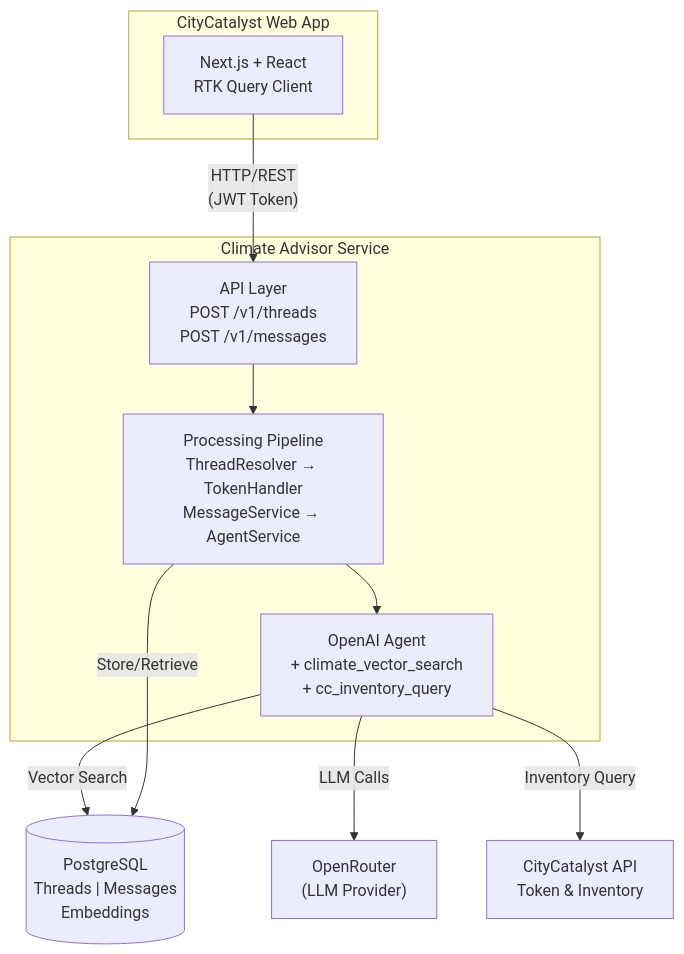
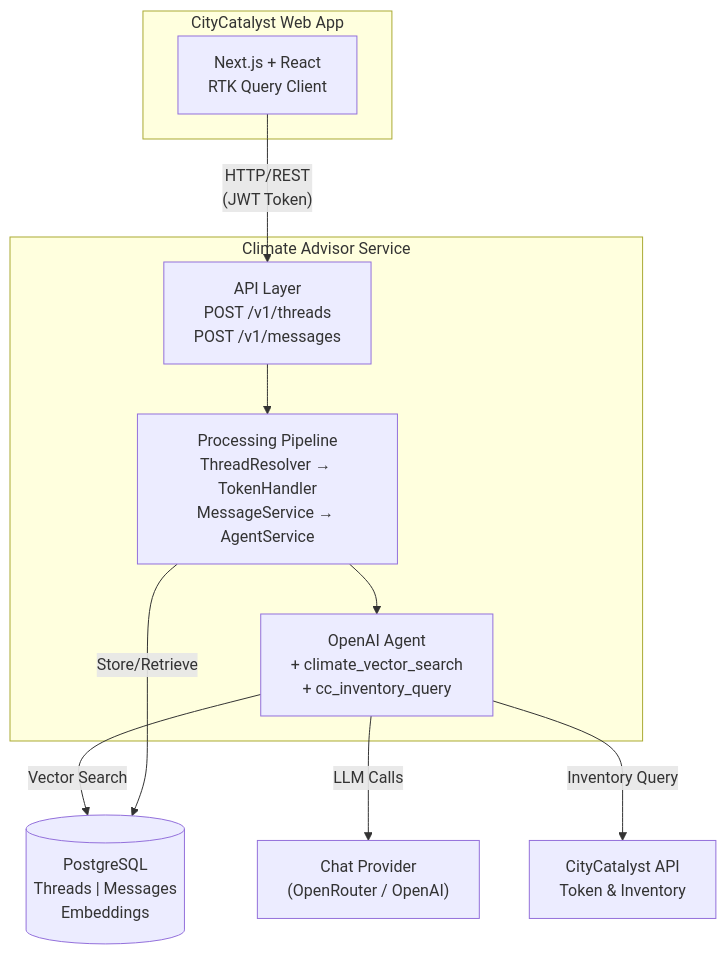
Before and after one commit to Open-Earth-Foundation/CityCatalyst: the first of 5 diagrams in climate-advisor/docs/architecture.md, drawn with Mermaid. The commit also changed other lines of this file and 33 other files, not shown here.

````diff
--- a/climate-advisor/docs/architecture.md
+++ b/climate-advisor/docs/architecture.md
@@ -17,24 +17,24 @@
 ```mermaid
 flowchart TB
     subgraph Client["CityCatalyst Web App"]
         UI["Next.js + React<br/>RTK Query Client"]
     end
 
     subgraph Service["Climate Advisor Service"]
         API["API Layer<br/>POST /v1/threads<br/>POST /v1/messages"]
         Pipeline["Processing Pipeline<br/>ThreadResolver → TokenHandler<br/>MessageService → AgentService"]
         Agent["OpenAI Agent<br/>+ climate_vector_search<br/>+ cc_inventory_query"]
     end
 
     DB[("PostgreSQL<br/>Threads | Messages<br/>Embeddings")]
-    LLM["OpenRouter<br/>(LLM Provider)"]
+    LLM["Chat Provider<br/>(OpenRouter / OpenAI)"]
     CC["CityCatalyst API<br/>Token & Inventory"]
 
     UI -->|"HTTP/REST<br/>(JWT Token)"| API
     API --> Pipeline
     Pipeline --> Agent
     Agent -->|Vector Search| DB
     Agent -->|LLM Calls| LLM
     Agent -->|Inventory Query| CC
     Pipeline -->|Store/Retrieve| DB
 ```
````
